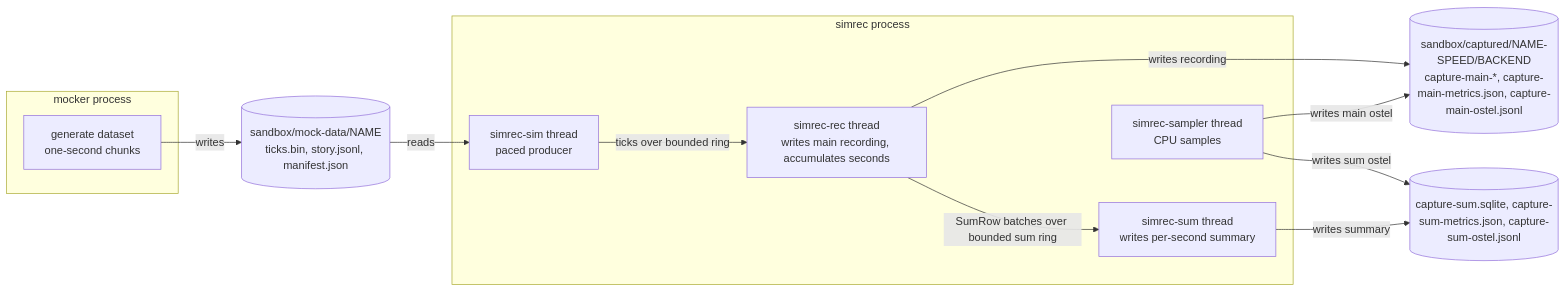
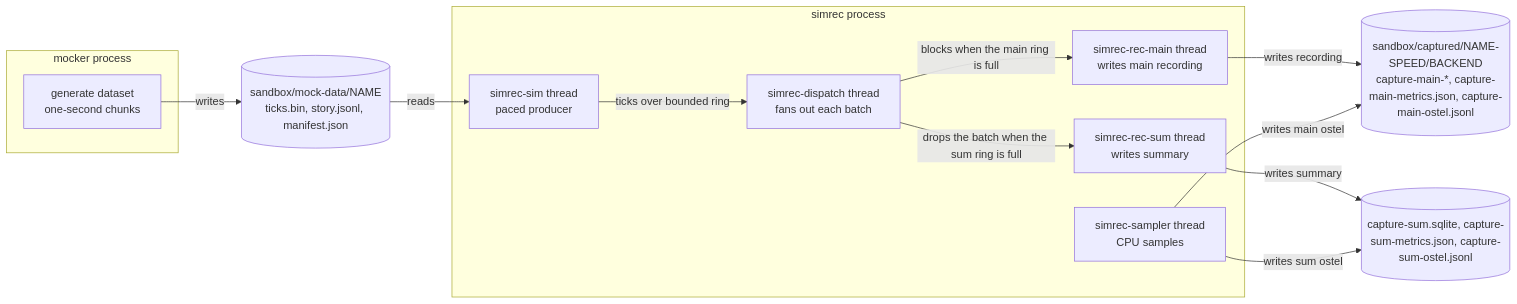
One commit to BriteSnow/rust-blueprint-quadcopter-flight-data changed the first of 5 diagrams in dev/spec-overall.md. Above: the diagram before and after it, drawn with Mermaid. The commit also changed other lines of this file and 58 other files, not shown here.

````diff
--- a/dev/spec-overall.md
+++ b/dev/spec-overall.md
@@ -12,23 +12,25 @@
 ```mermaid
 flowchart LR
   subgraph mockerproc["mocker process"]
     gen["generate dataset<br/>one-second chunks"]
   end
   subgraph simrecproc["simrec process"]
     sim["simrec-sim thread<br/>paced producer"]
-    rec["simrec-rec thread<br/>writes main recording, accumulates seconds"]
-    sum["simrec-sum thread<br/>writes per-second summary"]
+    disp["simrec-dispatch thread<br/>fans out each batch"]
+    rec["simrec-rec-main thread<br/>writes main recording"]
+    sum["simrec-rec-sum thread<br/>writes summary"]
     smp["simrec-sampler thread<br/>CPU samples"]
   end
   mock[("sandbox/mock-data/NAME<br/>ticks.bin, story.jsonl, manifest.json")]
   captured[("sandbox/captured/NAME-SPEED/BACKEND<br/>capture-main-*, capture-main-metrics.json, capture-main-ostel.jsonl")]
   sumdb[("capture-sum.sqlite, capture-sum-metrics.json, capture-sum-ostel.jsonl")]
   gen -->|"writes"| mock
   mock -->|"reads"| sim
-  sim -->|"ticks over bounded ring"| rec
+  sim -->|"ticks over bounded ring"| disp
+  disp -->|"blocks when the main ring is full"| rec
+  disp -->|"drops the batch when the sum ring is full"| sum
   rec -->|"writes recording"| captured
-  rec -->|"SumRow batches over bounded sum ring"| sum
   sum -->|"writes summary"| sumdb
   smp -->|"writes main ostel"| captured
   smp -->|"writes sum ostel"| sumdb
 ```
````
